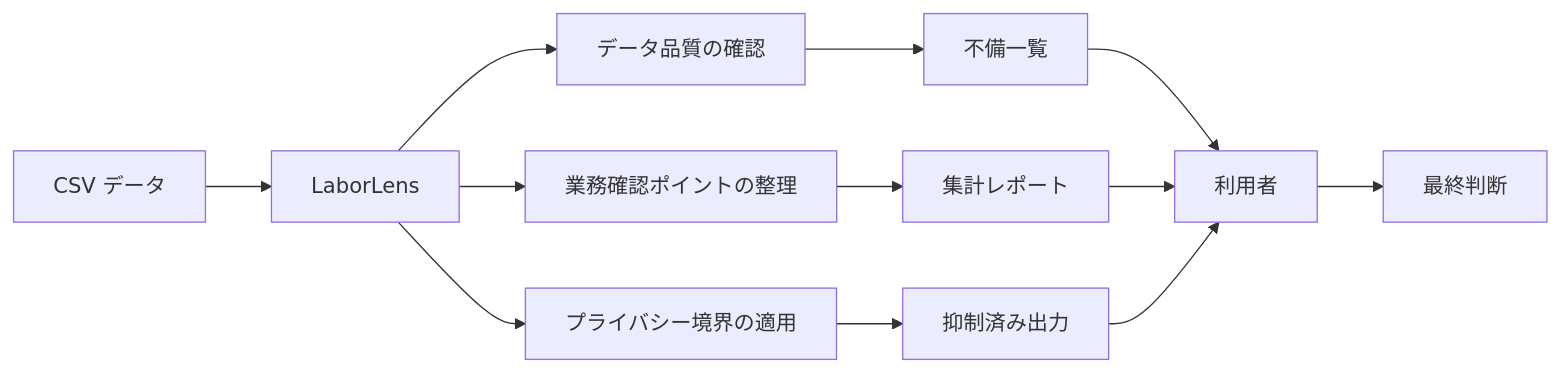
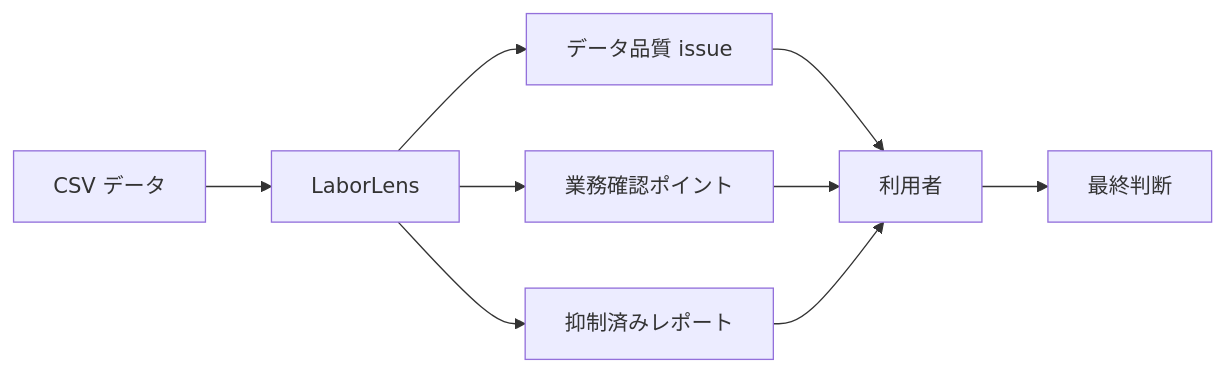
One commit to fumiya-data/labor-lens changed the first of 3 diagrams in docs/product/REQUIREMENTS.md. Above: the diagram before and after it, drawn with Mermaid. The commit also changed other lines of this file and 14 other files, not shown here.

````diff
--- a/docs/product/REQUIREMENTS.md
+++ b/docs/product/REQUIREMENTS.md
@@ -26,15 +46,11 @@
 ```mermaid
 flowchart LR
     A[CSV データ] --> B[LaborLens]
-    B --> C[データ品質の確認]
-    B --> D[業務確認ポイントの整理]
-    B --> E[プライバシー境界の適用]
-    C --> F[不備一覧]
-    D --> G[集計レポート]
-    E --> H[抑制済み出力]
-
-    I[利用者] --> J[最終判断]
-    F --> I
-    G --> I
-    H --> I
+    B --> C[データ品質 issue]
+    B --> D[業務確認ポイント]
+    B --> E[抑制済みレポート]
+    C --> F[利用者]
+    D --> F
+    E --> F
+    F --> G[最終判断]
 ```
````
